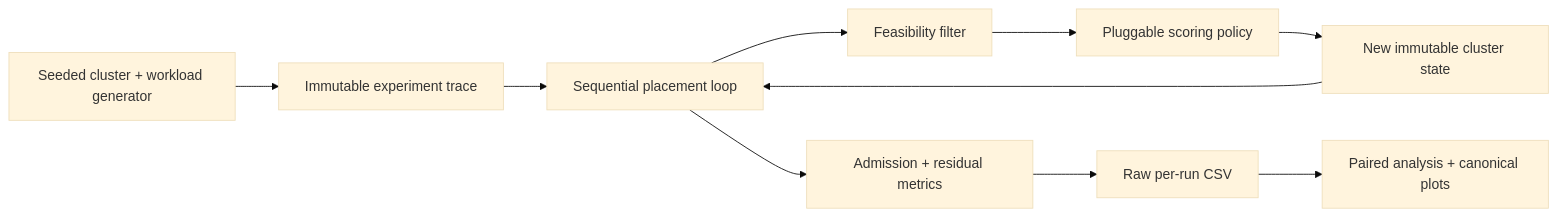
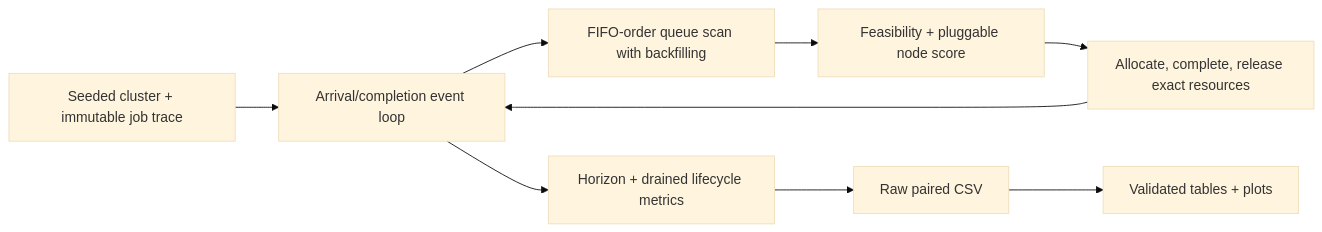
The diagram in README.md (kunalupadhyay70/nomad-placement-evaluation), drawn with Mermaid (base theme) before and after one commit. The commit also changed other lines of this file and 33 other files, not shown here.

````diff
--- a/README.md
+++ b/README.md
@@ -54,12 +60,11 @@
 ```mermaid
 flowchart LR
-    W["Seeded cluster + workload generator"] --> T["Immutable experiment trace"]
-    T --> S["Sequential placement loop"]
-    S --> F["Feasibility filter"]
-    F --> P["Pluggable scoring policy"]
-    P --> C["New immutable cluster state"]
-    C --> S
-    S --> M["Admission + residual metrics"]
-    M --> R["Raw per-run CSV"]
-    R --> A["Paired analysis + canonical plots"]
+    W["Seeded cluster + immutable job trace"] --> E["Arrival/completion event loop"]
+    E --> Q["FIFO-order queue scan with backfilling"]
+    Q --> F["Feasibility + pluggable node score"]
+    F --> A["Allocate, complete, release exact resources"]
+    A --> E
+    E --> M["Horizon + drained lifecycle metrics"]
+    M --> R["Raw paired CSV"]
+    R --> P["Validated tables + plots"]
 ```
````
